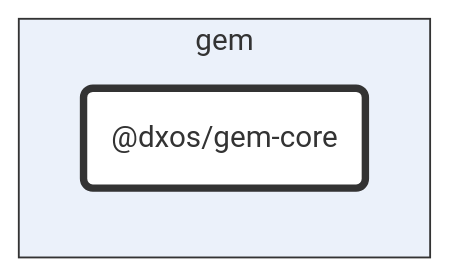
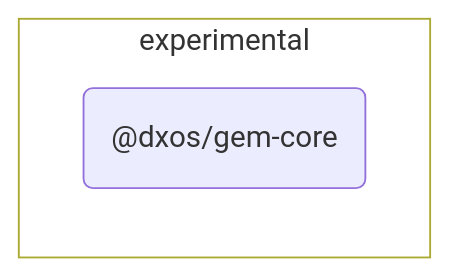
The diagram in packages/experimental/gem-core/docs/README.md (dxos/dxos), drawn with Mermaid before and after one commit. The commit also changed 127 other files, not shown here.

````diff
--- a/packages/experimental/gem-core/docs/README.md
+++ b/packages/experimental/gem-core/docs/README.md
@@ -7,20 +7,17 @@
 ```mermaid
 %%{ init: {'flowchart':{'curve':'basis'}} }%%
 
 flowchart LR
 
 %% Classes
-classDef def fill:#fff,stroke:#333,stroke-width:1px
-classDef root fill:#fff,stroke:#333,stroke-width:4px
+
+
 
 %% Nodes
 
-subgraph gem [gem]
-  style gem fill:#ebf1fa,stroke:#333
+subgraph experimental [experimental]
+  style experimental fill:transparent
   dxos/gem-core("@dxos/gem-core"):::root
-  click dxos/gem-core "dxos/dxos/tree/main/packages/gem/gem-core/docs"
+  click dxos/gem-core "dxos/dxos/tree/main/packages/experimental/gem-core/docs"
 end
-
-%% Links
-linkStyle default stroke:#333,stroke-width:1px
 ```
````
